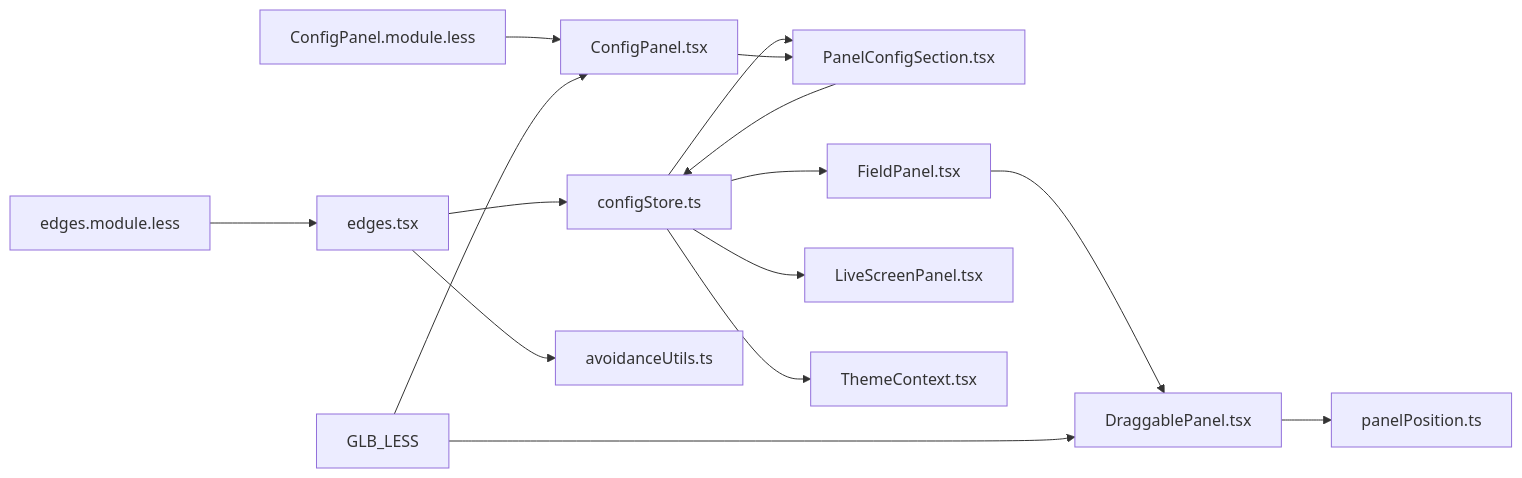
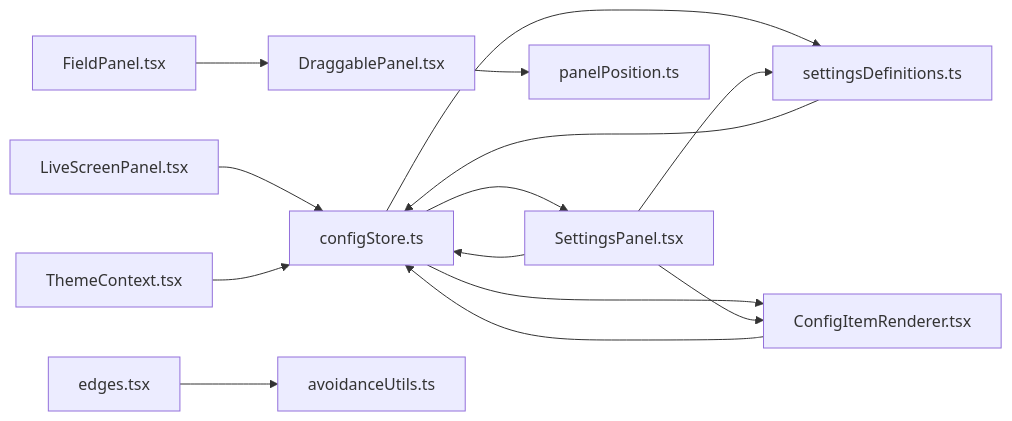
Diagram 14 of 14 in .qoder/repowiki/zh/content/用户界面/面板系统/配置面板/面板配置区域.md (kqcoxn/MaaPipelineEditor), drawn with Mermaid before and after one commit. The commit also changed other lines of this file and 50 other files, not shown here.

````diff
--- a/.qoder/repowiki/zh/content/用户界面/面板系统/配置面板/面板配置区域.md
+++ b/.qoder/repowiki/zh/content/用户界面/面板系统/配置面板/面板配置区域.md
@@ -455,17 +582,16 @@
 ```mermaid
 graph LR
-CS["configStore.ts"] --> PCS["PanelConfigSection.tsx"]
-CS --> FLP["FieldPanel.tsx"]
-CS --> LSP["LiveScreenPanel.tsx"]
-CS --> TC["ThemeContext.tsx"]
+CS["configStore.ts"] --> SD["settingsDefinitions.ts"]
+CS --> SP["SettingsPanel.tsx"]
+CS --> CIR["ConfigItemRenderer.tsx"]
+SP --> SD
+SP --> CIR
+SD --> CS
+CIR --> CS
 DP["DraggablePanel.tsx"] --> PP["panelPosition.ts"]
-FLP --> DP
-CP["ConfigPanel.tsx"] --> PCS
+FLP["FieldPanel.tsx"] --> DP
+LSP["LiveScreenPanel.tsx"] --> CS
 EDGES["edges.tsx"] --> AVOID["avoidanceUtils.ts"]
-PCS --> CS
-EDGES --> CS
-CFG_LESS["ConfigPanel.module.less"] --> CP
-EDGES_LESS["edges.module.less"] --> EDGES
-GLB_LESS --> DP
-GLB_LESS --> CP
+TC["ThemeContext.tsx"] --> CS
+SP --> CS
 ```
````
